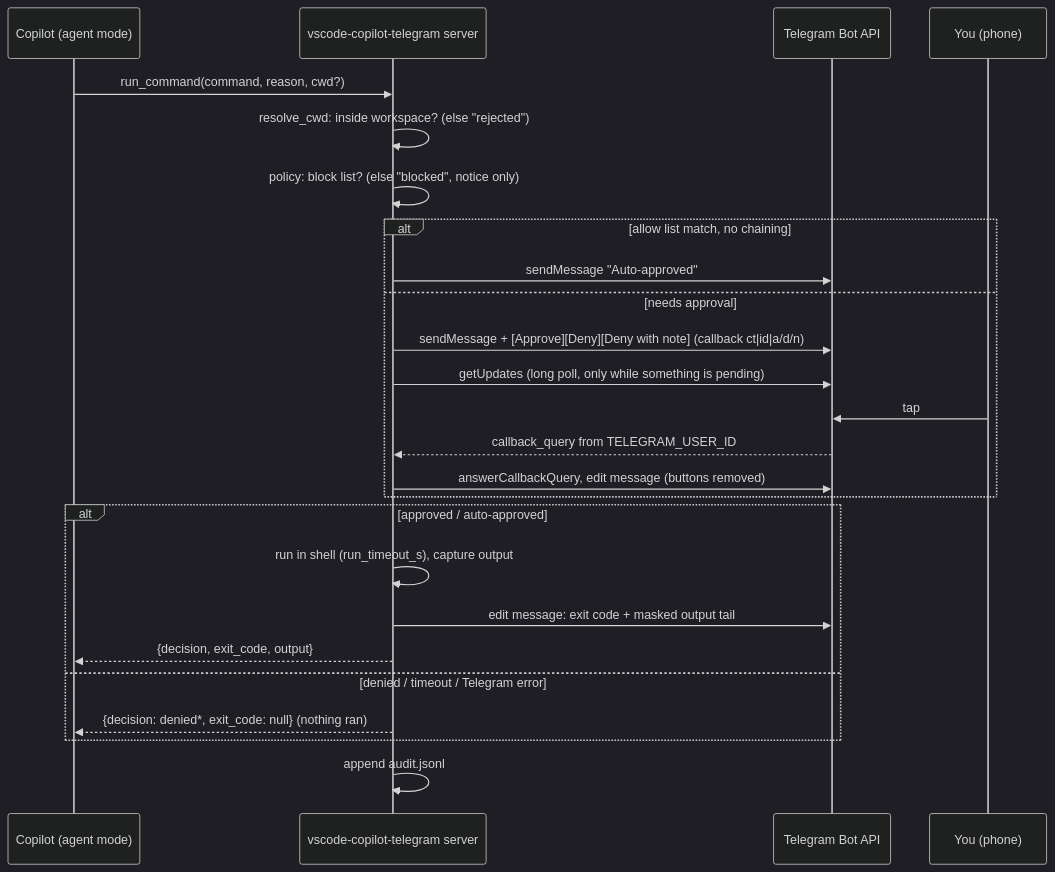
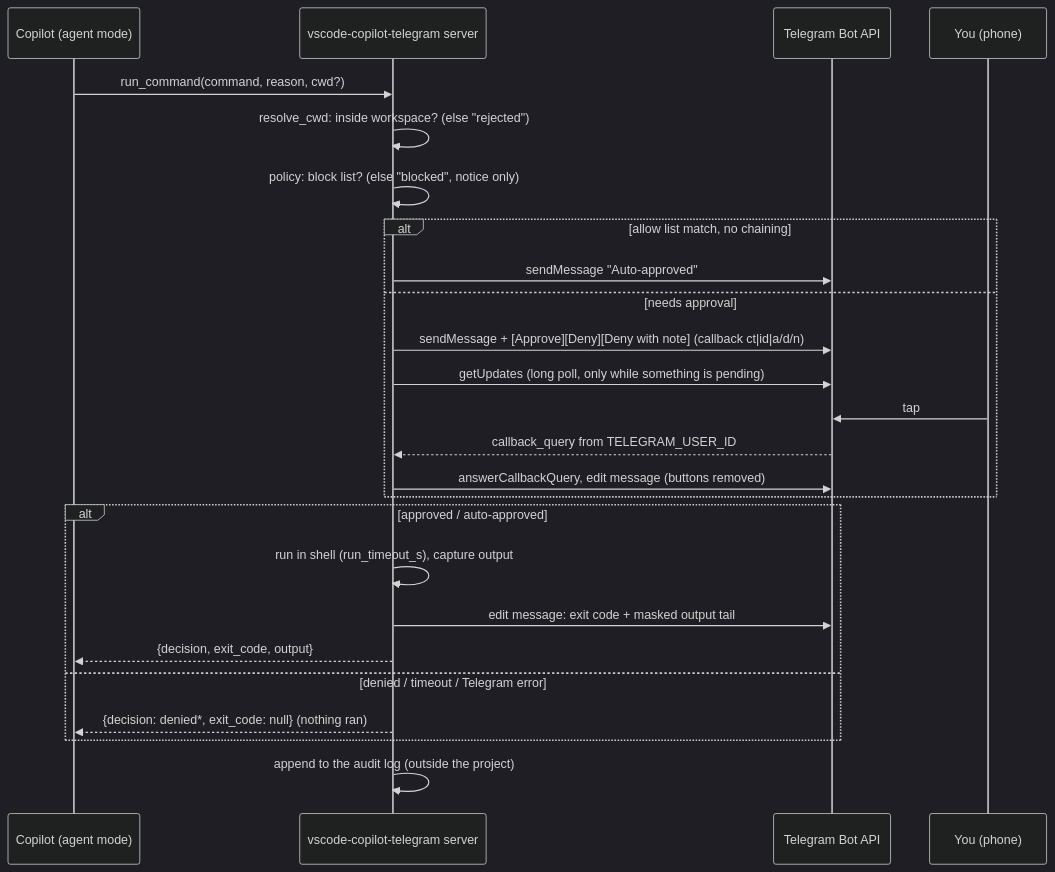
Before and after one commit to weslylaboy/vscode-copilot-telegram: the diagram in docs/ARCHITECTURE.md, drawn with Mermaid (dark theme). The commit also changed other lines of this file and 8 other files, not shown here.

First line of the commit message:
Document the audit log move, accept checks, and edit approval

````diff
--- a/docs/ARCHITECTURE.md
+++ b/docs/ARCHITECTURE.md
@@ -35,27 +35,27 @@
 ```mermaid
 sequenceDiagram
     participant C as Copilot (agent mode)
     participant S as vscode-copilot-telegram server
     participant T as Telegram Bot API
     participant U as You (phone)
     C->>S: run_command(command, reason, cwd?)
     S->>S: resolve_cwd: inside workspace? (else "rejected")
     S->>S: policy: block list? (else "blocked", notice only)
     alt allow list match, no chaining
         S->>T: sendMessage "Auto-approved"
     else needs approval
         S->>T: sendMessage + [Approve][Deny][Deny with note] (callback ct|id|a/d/n)
         S->>T: getUpdates (long poll, only while something is pending)
         U->>T: tap
         T-->>S: callback_query from TELEGRAM_USER_ID
         S->>T: answerCallbackQuery, edit message (buttons removed)
     end
     alt approved / auto-approved
         S->>S: run in shell (run_timeout_s), capture output
         S->>T: edit message: exit code + masked output tail
         S-->>C: {decision, exit_code, output}
     else denied / timeout / Telegram error
         S-->>C: {decision: denied*, exit_code: null} (nothing ran)
     end
-    S->>S: append audit.jsonl
+    S->>S: append to the audit log (outside the project)
 ```
````
